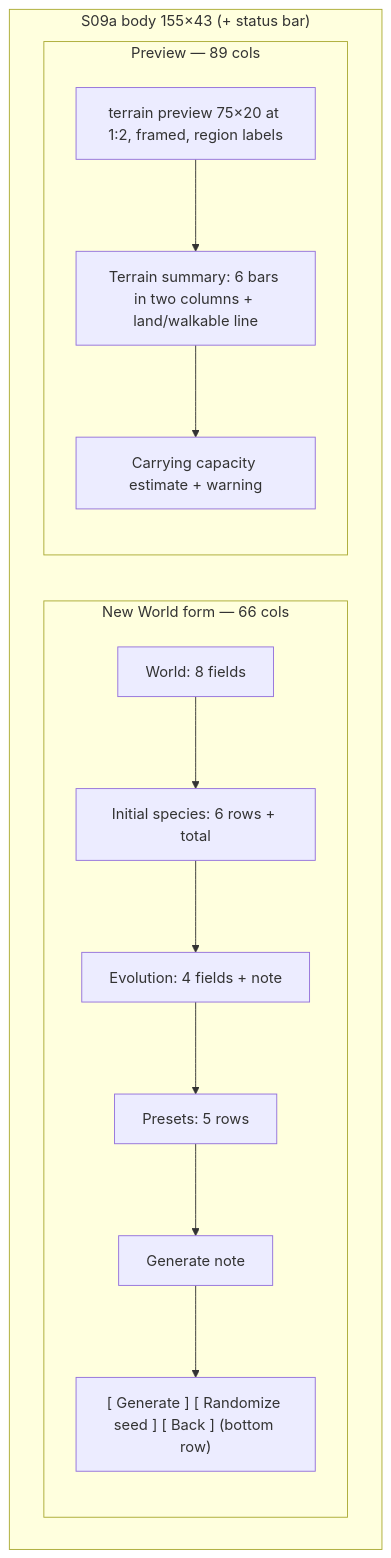
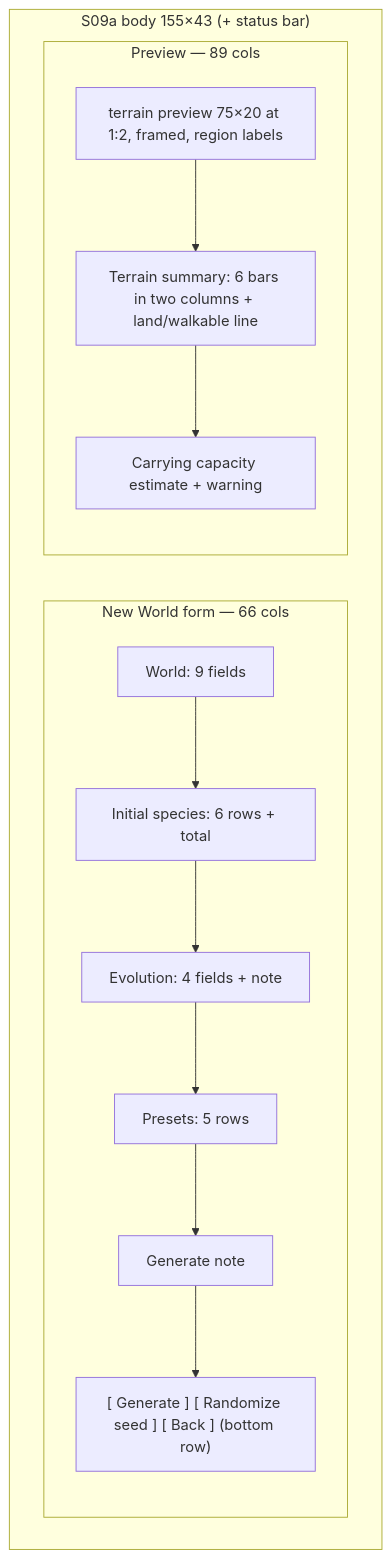
The diagram in docs/screens/s09-world-generation.md (sbayer55/sim-fortress), drawn with Mermaid before and after one commit. The commit also changed other lines of this file and 5 other files, not shown here.

````diff
--- a/docs/screens/s09-world-generation.md
+++ b/docs/screens/s09-world-generation.md
@@ -32,23 +32,23 @@
 ```mermaid
 flowchart LR
     subgraph body["S09a body 155×43 (+ status bar)"]
         direction LR
         subgraph F["New World form — 66 cols"]
             direction TB
-            F1["World: 8 fields"]
+            F1["World: 9 fields"]
             F2["Initial species: 6 rows + total"]
             F3["Evolution: 4 fields + note"]
             F4["Presets: 5 rows"]
             F5["Generate note"]
             F6["[ Generate ] [ Randomize seed ] [ Back ] (bottom row)"]
             F1 --> F2 --> F3 --> F4 --> F5 --> F6
         end
         subgraph P["Preview — 89 cols"]
             direction TB
             P1["terrain preview 75×20 at 1:2, framed, region labels"]
             P2["Terrain summary: 6 bars in two columns + land/walkable line"]
             P3["Carrying capacity estimate + warning"]
             P1 --> P2 --> P3
         end
     end
 ```
````
